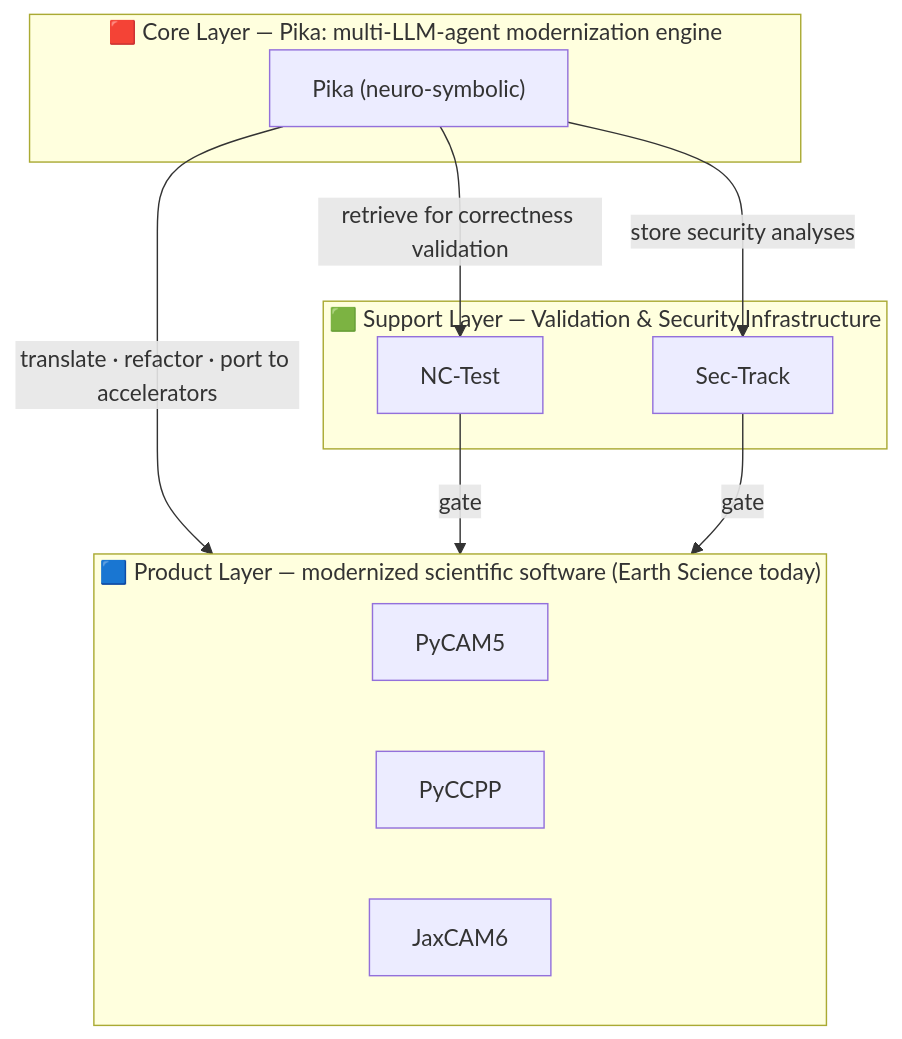
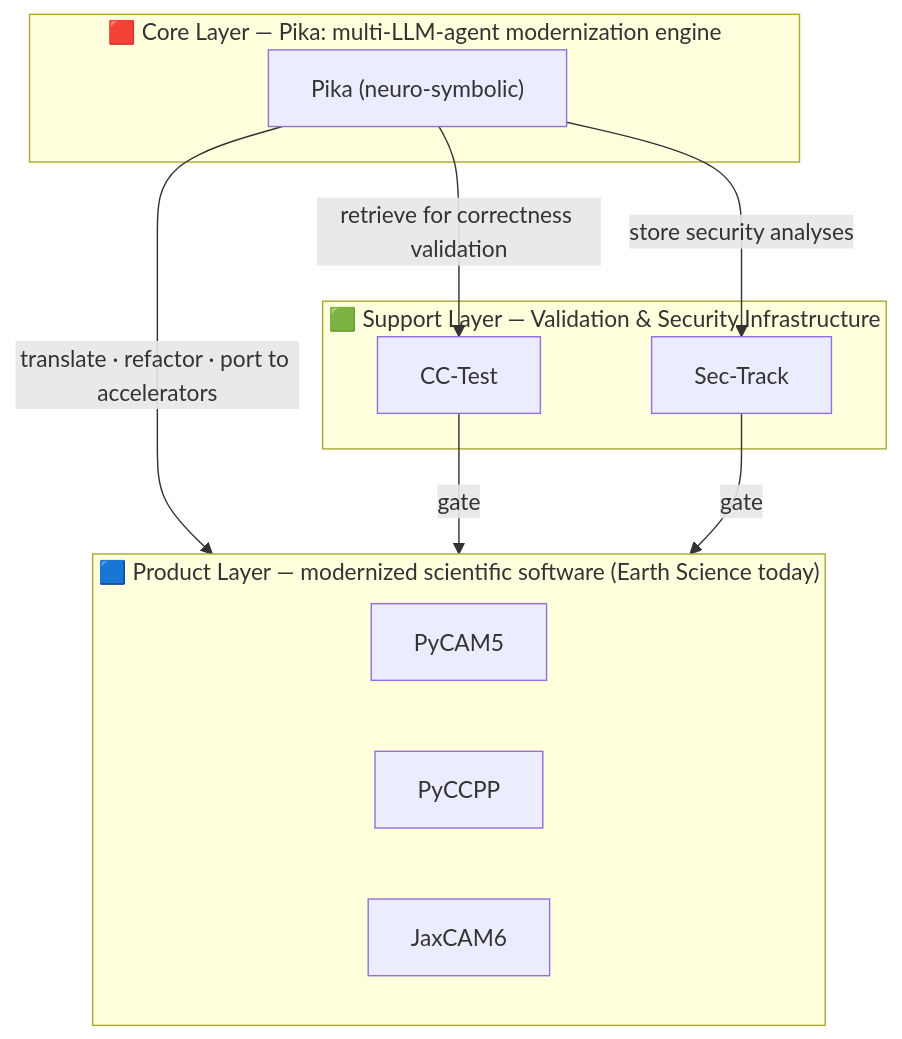
The diagram in README.md (a85tract/SciRecast), drawn with Mermaid before and after one commit. The commit also changed other lines of this file, not shown here.

Commit message:
Rename NC-Test -> CC-Test (Correctness and Cyber Test); bump overview submodule

````diff
--- a/README.md
+++ b/README.md
@@ -35,21 +35,21 @@
 ```mermaid
 flowchart TB
     subgraph Product["🟦 Product Layer — modernized scientific software (Earth Science today)"]
         PyCAM5["PyCAM5"]
         PyCCPP["PyCCPP"]
         JaxCAM6["JaxCAM6"]
     end
     subgraph Support["🟩 Support Layer — Validation &amp; Security Infrastructure"]
-        NCTest["NC-Test"]
+        NCTest["CC-Test"]
         SecTrack["Sec-Track"]
     end
     subgraph Core["🟥 Core Layer — Pika: multi-LLM-agent modernization engine"]
         Pika["Pika (neuro-symbolic)"]
     end
 
     Pika -- "translate · refactor · port to accelerators" --> Product
     Pika -- "retrieve for correctness validation" --> NCTest
     Pika -- "store security analyses" --> SecTrack
     NCTest -- "gate" --> Product
     SecTrack -- "gate" --> Product
 ```
````
